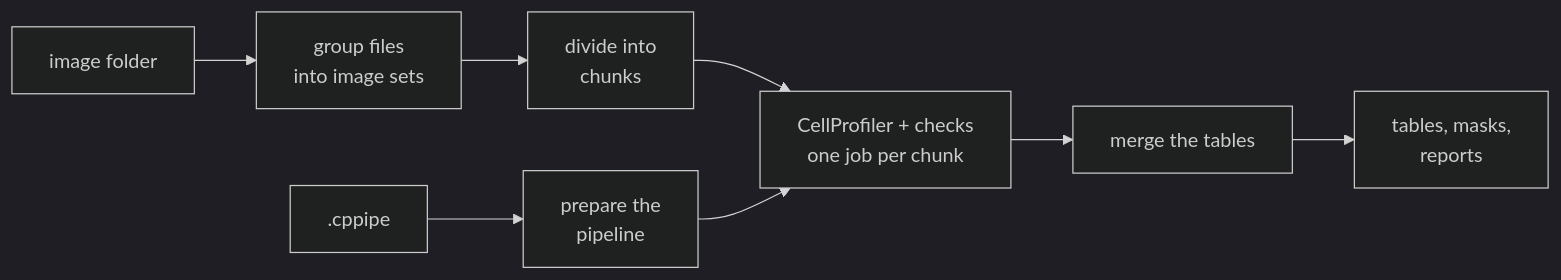
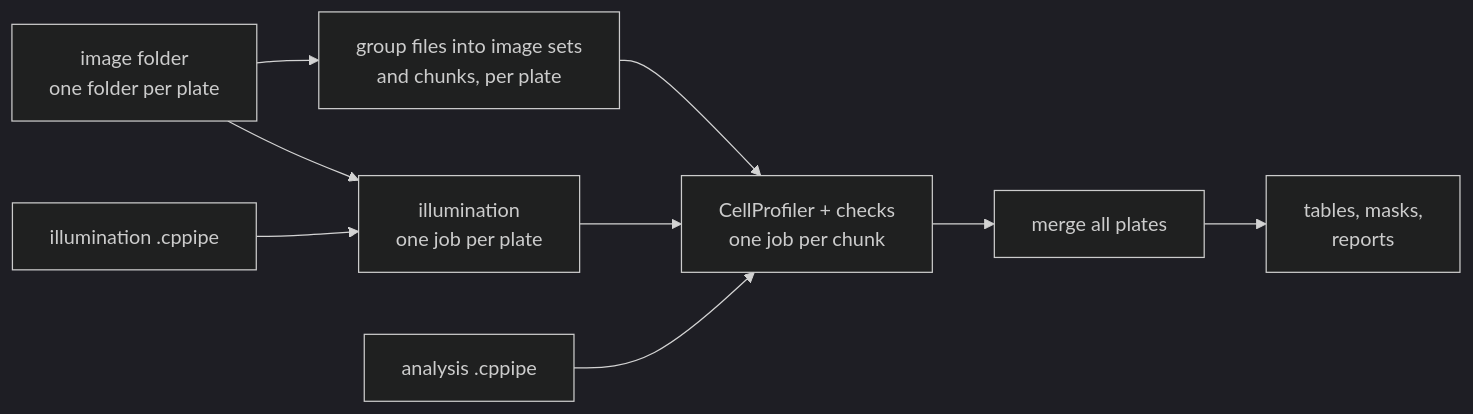
The diagram in README.md (mirandaresearchlab/headless-cp-wf), drawn with Mermaid (dark theme) before and after one commit. The commit also changed other lines of this file and 57 other files, not shown here.

````diff
--- a/README.md
+++ b/README.md
@@ -24,8 +31,10 @@
 ```mermaid
 flowchart LR
-  A[image folder] --> B[group files<br/>into image sets] --> C[divide into<br/>chunks]
-  P[.cppipe] --> D[prepare the<br/>pipeline]
-  C --> E[CellProfiler + checks<br/>one job per chunk]
-  D --> E
-  E --> F[merge the tables] --> G[tables, masks,<br/>reports]
+  A[image folder<br/>one folder per plate] --> B[group files into image sets<br/>and chunks, per plate]
+  P1[illumination .cppipe] --> I[illumination<br/>one job per plate]
+  A --> I
+  P2[analysis .cppipe] --> E
+  B --> E[CellProfiler + checks<br/>one job per chunk]
+  I --> E
+  E --> F[merge all plates] --> G[tables, masks,<br/>reports]
 ```
````
